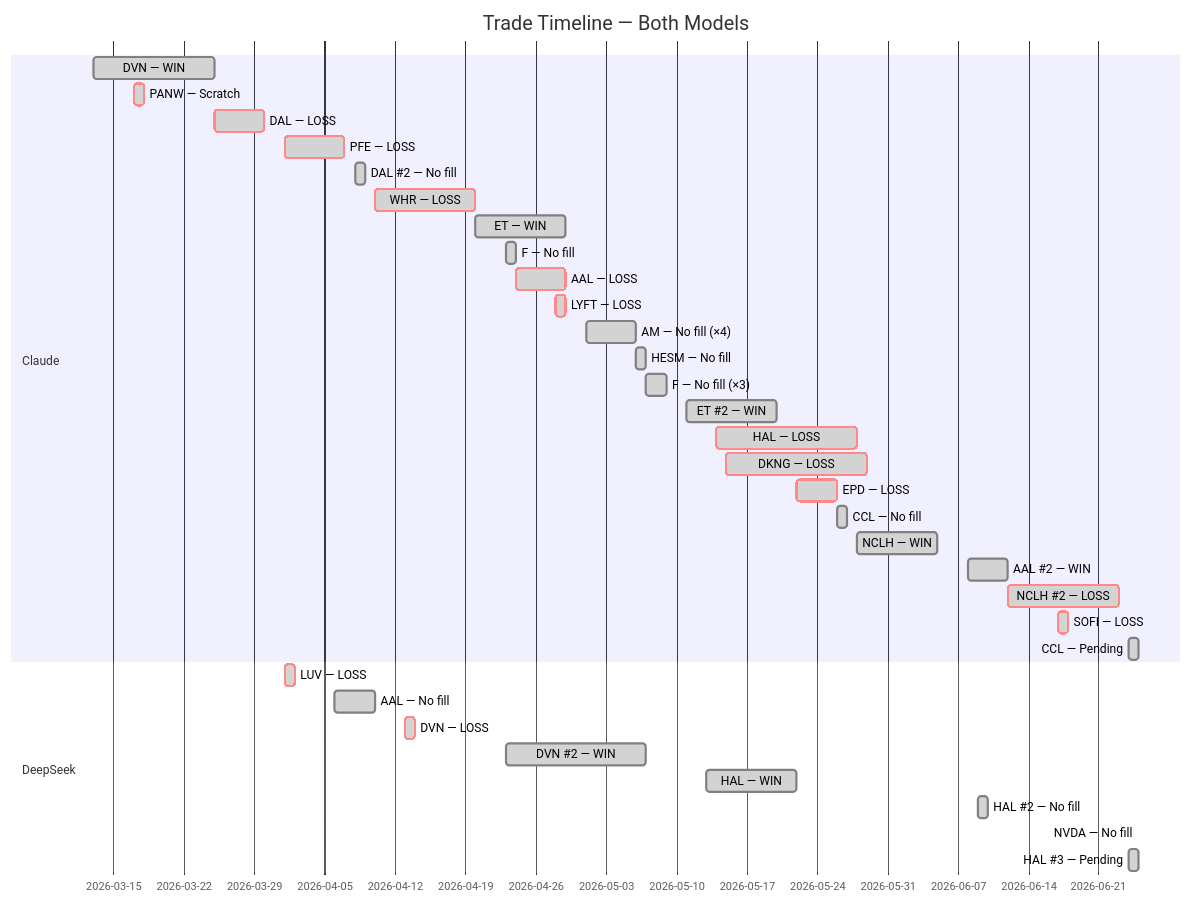
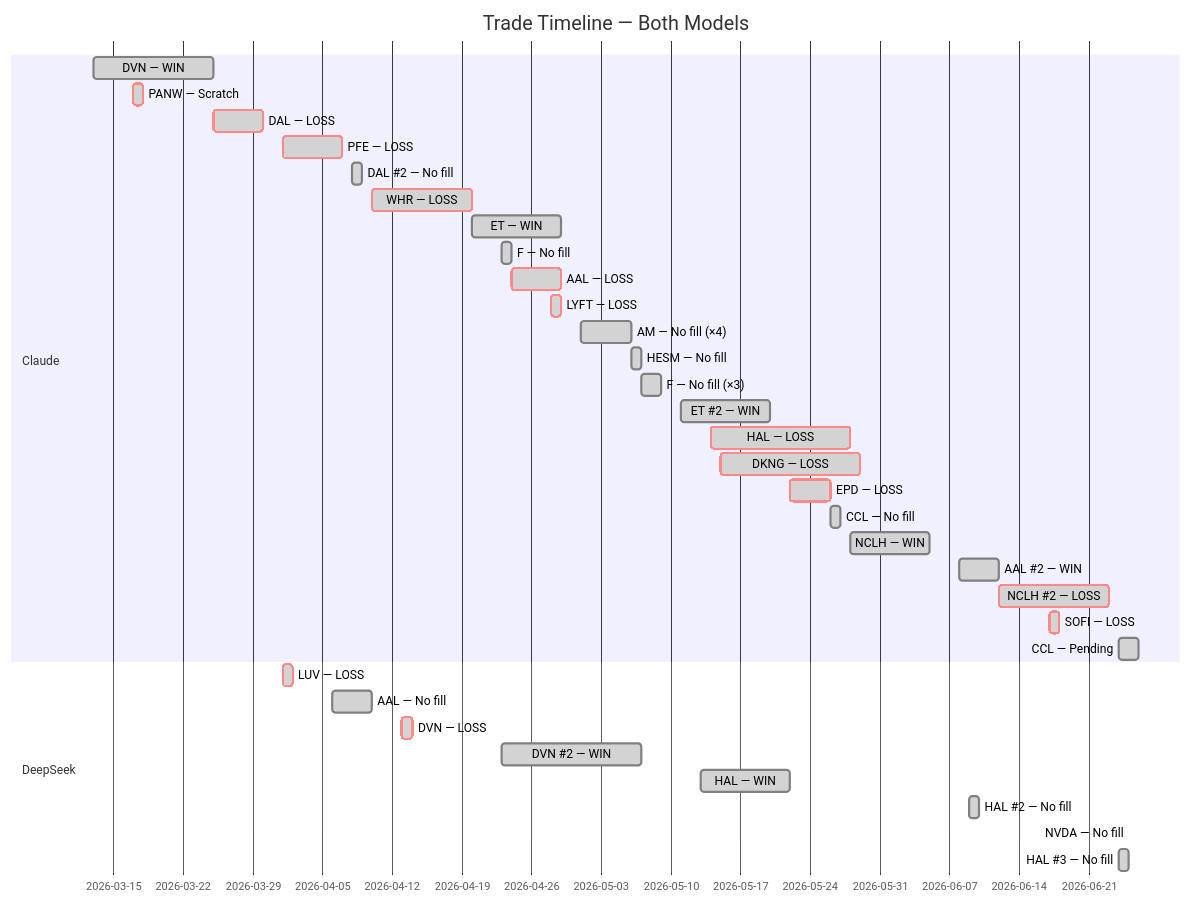
The fifth of 5 diagrams in README.md (zachisit/ai-auto-buy-thesis), drawn with Mermaid before and after one commit. The commit also changed other lines of this file and 2 other files, not shown here.

````diff
--- a/README.md
+++ b/README.md
@@ -63,38 +63,38 @@
 ```mermaid
 gantt
     title Trade Timeline — Both Models
     dateFormat YYYY-MM-DD
     section Claude
     DVN — WIN            :done,    2026-03-13, 2026-03-25
     PANW — Scratch       :crit, done, 2026-03-17, 2026-03-18
     DAL — LOSS           :crit, done, 2026-03-25, 2026-03-30
     PFE — LOSS           :crit, done, 2026-04-01, 2026-04-07
     DAL #2 — No fill     :done,    2026-04-08, 2026-04-09
     WHR — LOSS           :crit, done, 2026-04-10, 2026-04-20
     ET — WIN             :done,    2026-04-20, 2026-04-29
     F — No fill          :done,    2026-04-23, 2026-04-24
     AAL — LOSS           :crit, done, 2026-04-24, 2026-04-29
     LYFT — LOSS          :crit, done, 2026-04-28, 2026-04-29
     AM — No fill (×4)    :done,    2026-05-01, 2026-05-06
     HESM — No fill       :done,    2026-05-06, 2026-05-07
     F — No fill (×3)     :done,    2026-05-07, 2026-05-09
     ET #2 — WIN          :done,    2026-05-11, 2026-05-20
     HAL — LOSS           :crit, done, 2026-05-14, 2026-05-28
     DKNG — LOSS          :crit, done, 2026-05-15, 2026-05-29
     EPD — LOSS           :crit, done, 2026-05-22, 2026-05-26
     CCL — No fill        :done,    2026-05-26, 2026-05-27
     NCLH — WIN           :done,    2026-05-28, 2026-06-05
     AAL #2 — WIN         :done,    2026-06-08, 2026-06-12
     NCLH #2 — LOSS       :crit, done, 2026-06-12, 2026-06-23
     SOFI — LOSS          :crit, done, 2026-06-17, 2026-06-18
-    CCL — Pending        :done,    2026-06-24, 2026-06-25
+    CCL — Pending        :done,    2026-06-24, 2026-06-26
     section DeepSeek
     LUV — LOSS           :crit, done, 2026-04-01, 2026-04-02
     AAL — No fill        :done,    2026-04-06, 2026-04-10
     DVN — LOSS           :crit, done, 2026-04-13, 2026-04-14
     DVN #2 — WIN         :done,    2026-04-23, 2026-05-07
     HAL — WIN            :done,    2026-05-13, 2026-05-22
     HAL #2 — No fill    :done,    2026-06-09, 2026-06-10
     NVDA — No fill      :done,    2026-06-16, 2026-06-16
-    HAL #3 — Pending    :done,    2026-06-24, 2026-06-25
+    HAL #3 — No fill    :done,    2026-06-24, 2026-06-25
 ```
````
